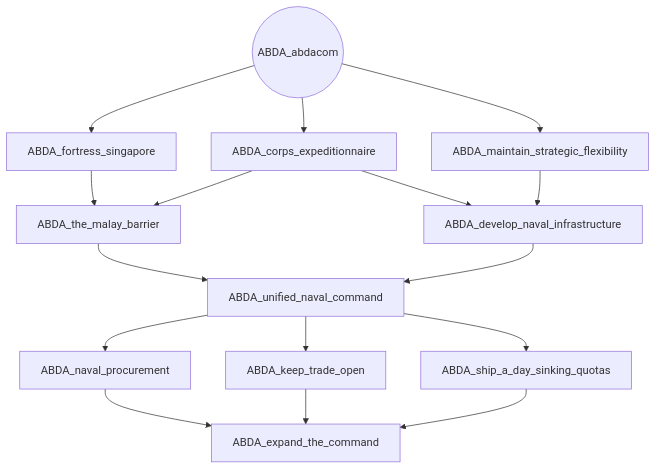
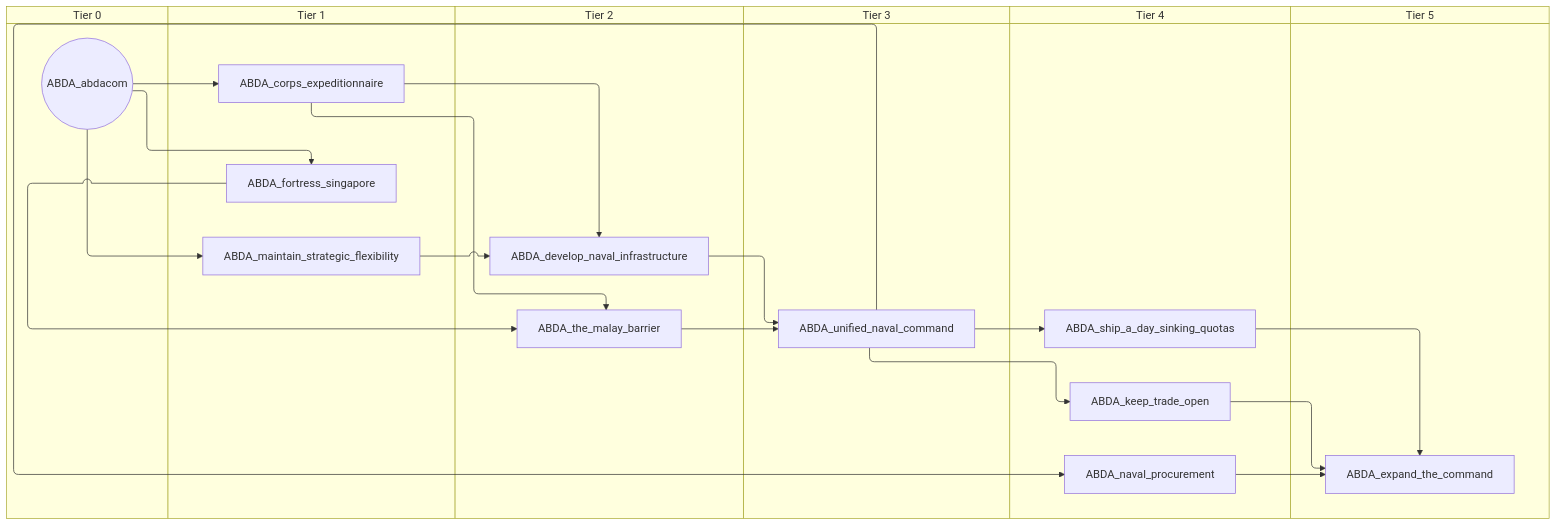
One commit to evgeny-sobol/hoi4-sandbox-mode-r56 changed the diagram in docs/gdd/National Focuses/r56/abdacom_shared_branch.md. Above: the diagram before and after it, drawn with Mermaid. The commit also changed 423 other files, not shown here.

First line of the commit message:
Re-export Rt56 focus trees as swimlane diagrams

````diff
--- a/docs/gdd/National Focuses/r56/abdacom_shared_branch.md
+++ b/docs/gdd/National Focuses/r56/abdacom_shared_branch.md
@@ -3,29 +3,41 @@
 ```mermaid
-flowchart TD
-    n1(("ABDA_abdacom"))
-    n2["ABDA_corps_expeditionnaire"]
-    n3["ABDA_develop_naval_infrastructure"]
-    n4["ABDA_expand_the_command"]
-    n5["ABDA_fortress_singapore"]
-    n6["ABDA_keep_trade_open"]
-    n7["ABDA_maintain_strategic_flexibility"]
-    n8["ABDA_naval_procurement"]
-    n9["ABDA_ship_a_day_sinking_quotas"]
-    n10["ABDA_the_malay_barrier"]
-    n11["ABDA_unified_naval_command"]
+swimlane-beta TD
+    subgraph tier_0["Tier 0"]
+        n1(("ABDA_abdacom"))
+    end
+    subgraph tier_1["Tier 1"]
+        n2["ABDA_corps_expeditionnaire"]
+        n3["ABDA_fortress_singapore"]
+        n4["ABDA_maintain_strategic_flexibility"]
+    end
+    subgraph tier_2["Tier 2"]
+        n5["ABDA_develop_naval_infrastructure"]
+        n6["ABDA_the_malay_barrier"]
+    end
+    subgraph tier_3["Tier 3"]
+        n7["ABDA_unified_naval_command"]
+    end
+    subgraph tier_4["Tier 4"]
+        n8["ABDA_keep_trade_open"]
+        n9["ABDA_naval_procurement"]
+        n10["ABDA_ship_a_day_sinking_quotas"]
+    end
+    subgraph tier_5["Tier 5"]
+        n11["ABDA_expand_the_command"]
+    end
     n1 --> n2
-    n2 --> n3
-    n7 --> n3
-    n8 --> n4
-    n6 --> n4
-    n9 --> n4
-    n1 --> n5
-    n11 --> n6
-    n1 --> n7
-    n11 --> n8
-    n11 --> n9
-    n5 --> n10
-    n2 --> n10
+    n2 --> n5
+    n4 --> n5
+    n9 --> n11
+    n8 --> n11
     n10 --> n11
-    n3 --> n11
+    n1 --> n3
+    n7 --> n8
+    n1 --> n4
+    n7 --> n9
+    n7 --> n10
+    n3 --> n6
+    n2 --> n6
+    n6 --> n7
+    n5 --> n7
 ```
````
